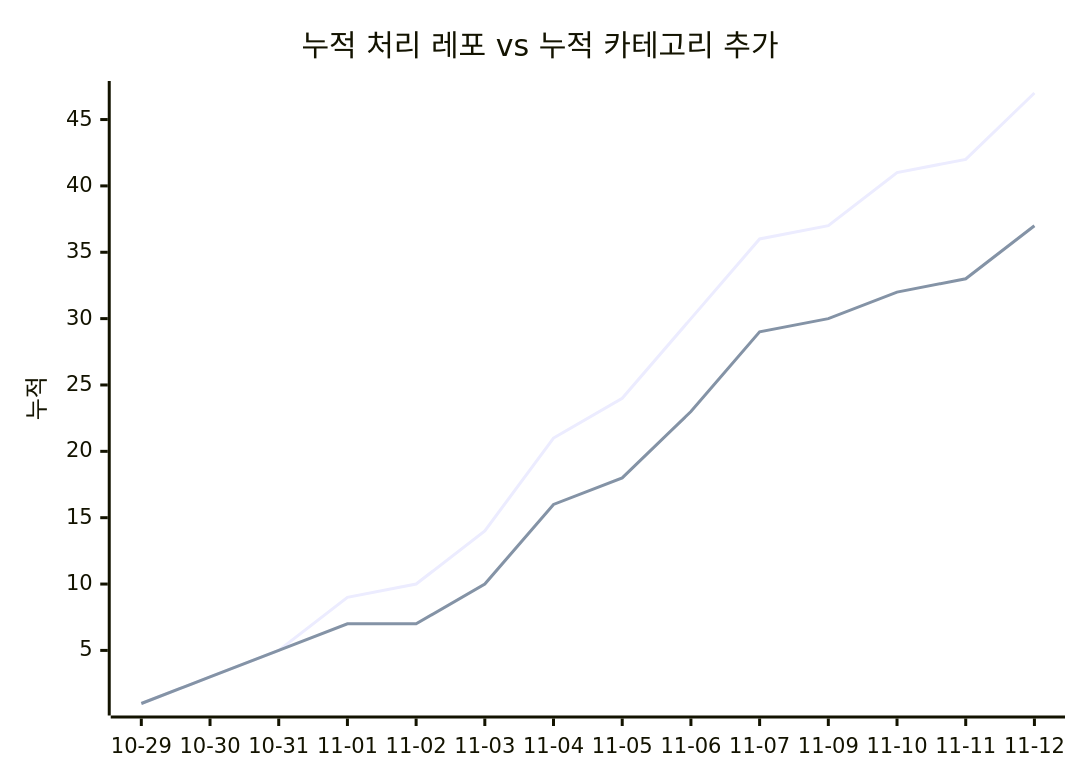
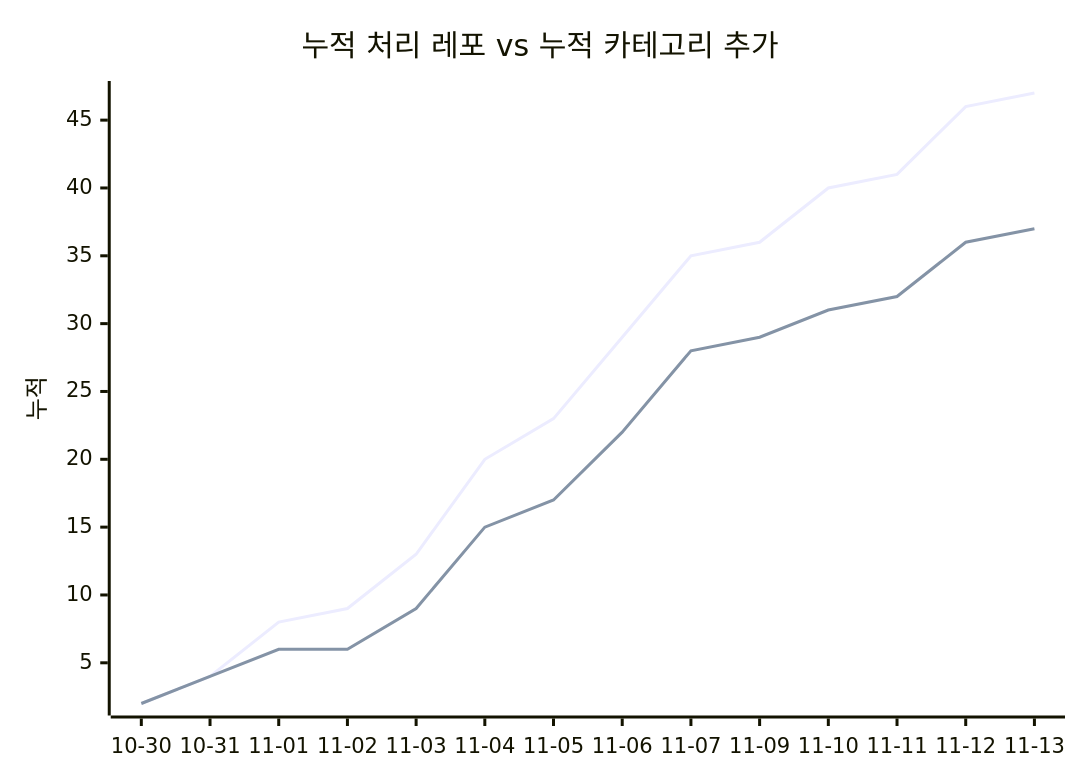
One commit to J-nowcow/awesome-korean-agent-skills changed the second of 2 diagrams in docs/trends.md. Above: the diagram before and after it, drawn with Mermaid. The commit also changed other lines of this file and 4 other files, not shown here.

````diff
--- a/docs/trends.md
+++ b/docs/trends.md
@@ -68,8 +68,8 @@
 ```mermaid
 xychart-beta
     title "누적 처리 레포 vs 누적 카테고리 추가"
-    x-axis ["10-29","10-30","10-31","11-01","11-02","11-03","11-04","11-05","11-06","11-07","11-09","11-10","11-11","11-12"]
+    x-axis ["10-30","10-31","11-01","11-02","11-03","11-04","11-05","11-06","11-07","11-09","11-10","11-11","11-12","11-13"]
     y-axis "누적"
-    line [1,3,5,9,10,14,21,24,30,36,37,41,42,47]
-    line [1,3,5,7,7,10,16,18,23,29,30,32,33,37]
+    line [2,4,8,9,13,20,23,29,35,36,40,41,46,47]
+    line [2,4,6,6,9,15,17,22,28,29,31,32,36,37]
 ```
````
